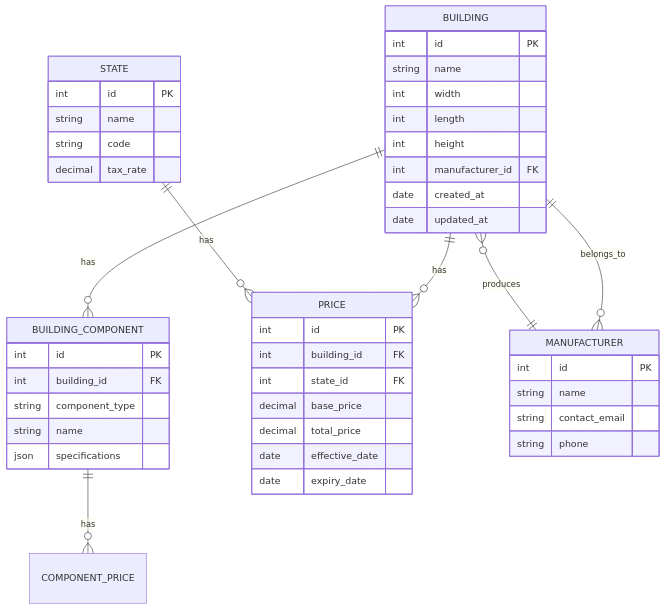
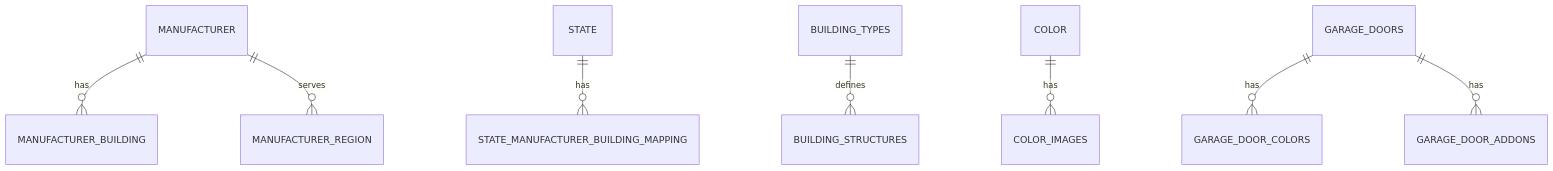
Before and after one commit to Vardan57555/garage-builder: the diagram in documentation/core/04-database-schema.md, drawn with Mermaid. The commit also changed other lines of this file and 13 other files, not shown here.

````diff
--- a/documentation/core/04-database-schema.md
+++ b/documentation/core/04-database-schema.md
@@ -5,52 +118,10 @@
 ```mermaid
 erDiagram
-    BUILDING ||--o{ BUILDING_COMPONENT : has
-    BUILDING ||--o{ PRICE : has
-    BUILDING ||--o{ MANUFACTURER : belongs_to
-    BUILDING_COMPONENT ||--o{ COMPONENT_PRICE : has
-    STATE ||--o{ PRICE : has
-    MANUFACTURER ||--o{ BUILDING : produces
-    
-    BUILDING {
-        int id PK
-        string name
-        int width
-        int length
-        int height
-        int manufacturer_id FK
-        date created_at
-        date updated_at
-    }
-    
-    BUILDING_COMPONENT {
-        int id PK
-        int building_id FK
-        string component_type
-        string name
-        json specifications
-    }
-    
-    PRICE {
-        int id PK
-        int building_id FK
-        int state_id FK
-        decimal base_price
-        decimal total_price
-        date effective_date
-        date expiry_date
-    }
-    
-    MANUFACTURER {
-        int id PK
-        string name
-        string contact_email
-        string phone
-    }
-    
-    STATE {
-        int id PK
-        string name
-        string code
-        decimal tax_rate
-    }
+    MANUFACTURER ||--o{ MANUFACTURER_BUILDING : has
+    MANUFACTURER ||--o{ MANUFACTURER_REGION : serves
+    STATE ||--o{ STATE_MANUFACTURER_BUILDING_MAPPING : has
+    BUILDING_TYPES ||--o{ BUILDING_STRUCTURES : defines
+    COLOR ||--o{ COLOR_IMAGES : has
+    GARAGE_DOORS ||--o{ GARAGE_DOOR_COLORS : has
+    GARAGE_DOORS ||--o{ GARAGE_DOOR_ADDONS : has
 ```
````
